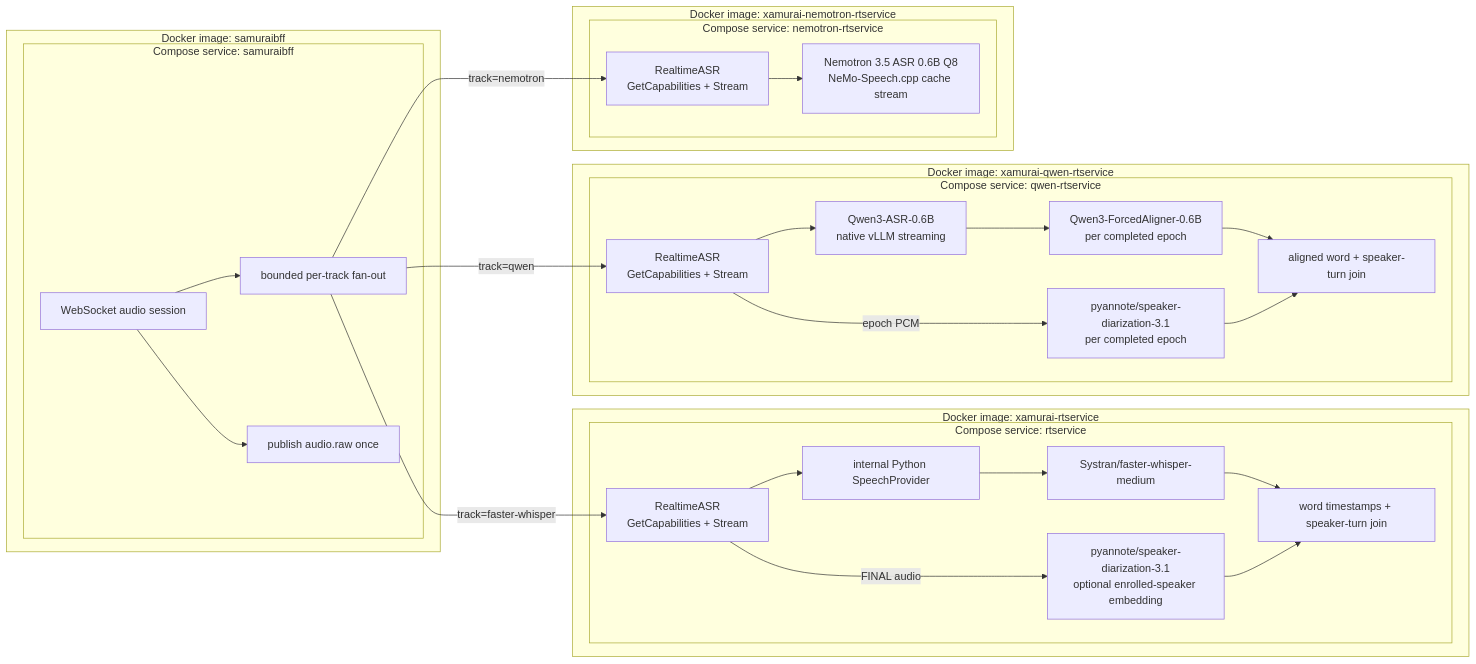
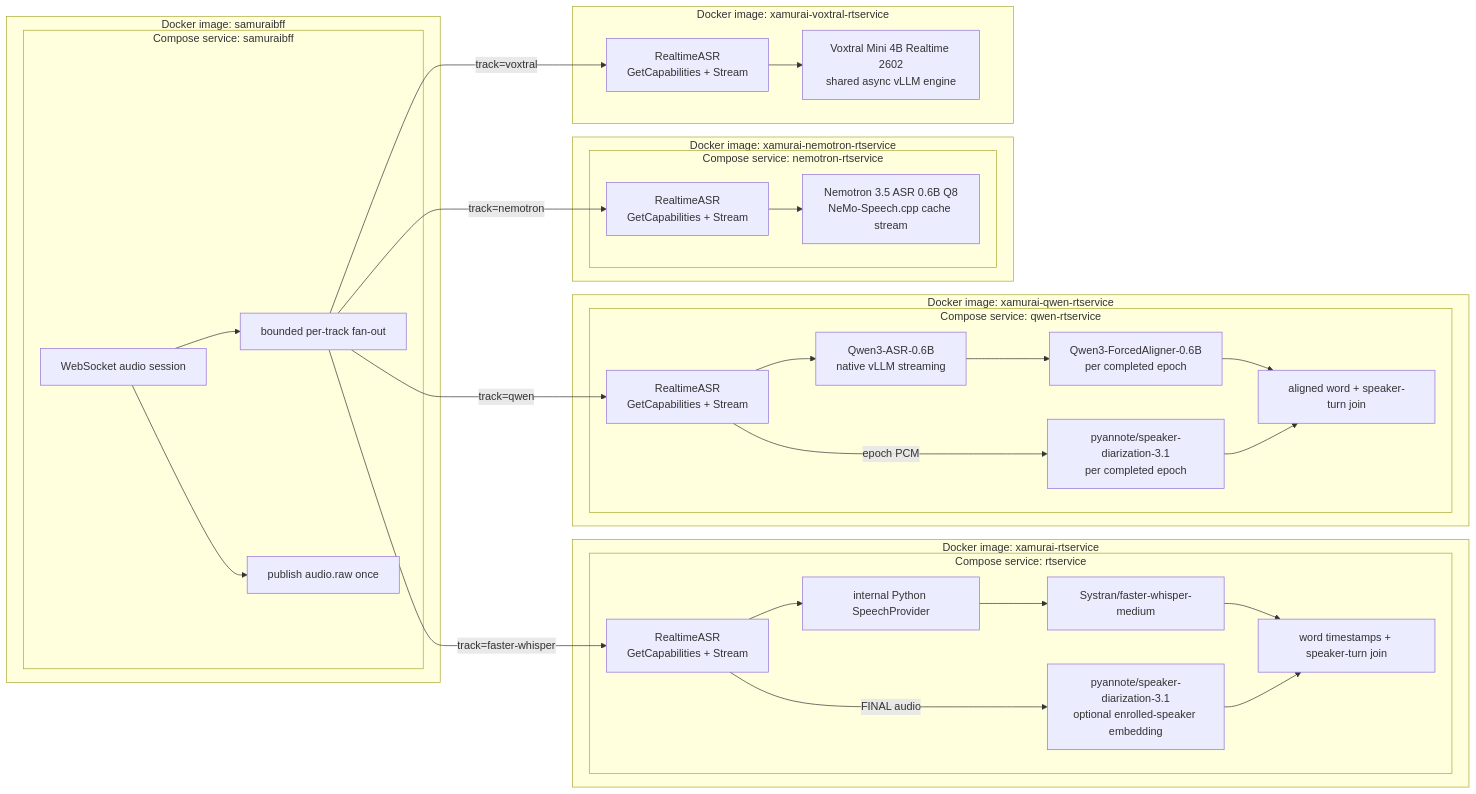
One commit to nanosamurai/xamurai changed the diagram in README.MD. Above: the diagram before and after it, drawn with Mermaid. The commit also changed other lines of this file and 12 other files, not shown here.

Commit message:
Implement bounded concurrent Voxtral realtime transcription

````diff
--- a/README.MD
+++ b/README.MD
@@ -60,48 +64,55 @@
 ```mermaid
 flowchart LR
     subgraph bffImage["Docker image: samuraibff"]
         subgraph bffService["Compose service: samuraibff"]
             WS["WebSocket audio session"]
             Fanout["bounded per-track fan-out"]
             KafkaOnce["publish audio.raw once"]
         end
     end
 
     subgraph fasterImage["Docker image: xamurai-rtservice"]
         subgraph fasterService["Compose service: rtservice"]
             FasterAPI["RealtimeASR\nGetCapabilities + Stream"]
             SpeechProvider["internal Python SpeechProvider"]
             Faster["Systran/faster-whisper-medium"]
             FasterDiar["pyannote/speaker-diarization-3.1\noptional enrolled-speaker embedding"]
             FasterJoin["word timestamps + speaker-turn join"]
         end
     end
 
     subgraph qwenImage["Docker image: xamurai-qwen-rtservice"]
         subgraph qwenService["Compose service: qwen-rtservice"]
             QwenAPI["RealtimeASR\nGetCapabilities + Stream"]
             QwenBackend["Qwen3-ASR-0.6B\nnative vLLM streaming"]
             QwenAligner["Qwen3-ForcedAligner-0.6B\nper completed epoch"]
             QwenDiar["pyannote/speaker-diarization-3.1\nper completed epoch"]
             QwenJoin["aligned word + speaker-turn join"]
         end
     end
 
     subgraph nemotronImage["Docker image: xamurai-nemotron-rtservice"]
         subgraph nemotronService["Compose service: nemotron-rtservice"]
             NemotronAPI["RealtimeASR\nGetCapabilities + Stream"]
             NemotronNative["Nemotron 3.5 ASR 0.6B Q8\nNeMo-Speech.cpp cache stream"]
         end
     end
 
+    subgraph voxtralImage["Docker image: xamurai-voxtral-rtservice"]
+        VoxtralAPI["RealtimeASR\nGetCapabilities + Stream"]
+        VoxtralEngine["Voxtral Mini 4B Realtime 2602\nshared async vLLM engine"]
+        VoxtralAPI --> VoxtralEngine
+    end
+
     WS --> Fanout
     WS --> KafkaOnce
     Fanout -->|"track=faster-whisper"| FasterAPI
     Fanout -->|"track=qwen"| QwenAPI
     Fanout -->|"track=nemotron"| NemotronAPI
+    Fanout -->|"track=voxtral"| VoxtralAPI
     FasterAPI --> SpeechProvider --> Faster --> FasterJoin
     FasterAPI -->|"FINAL audio"| FasterDiar --> FasterJoin
     QwenAPI --> QwenBackend --> QwenAligner --> QwenJoin
     QwenAPI -->|"epoch PCM"| QwenDiar --> QwenJoin
     NemotronAPI --> NemotronNative
 ```
````
